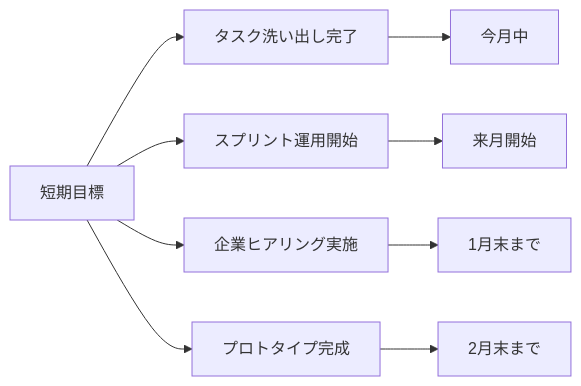
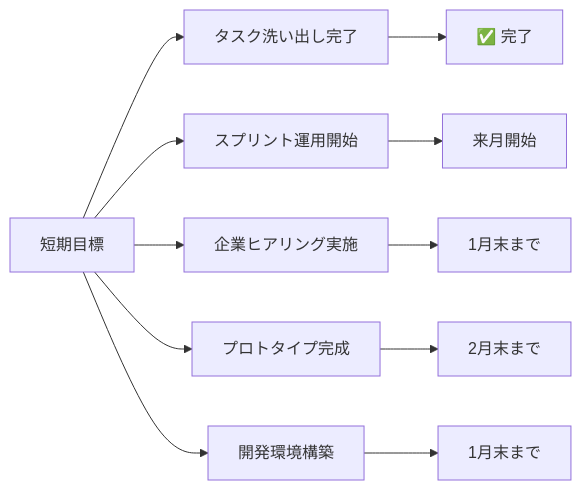
Before and after one commit to Mocomi/smallit-new: diagram 11 of 11 in Stock/programs/Torrent4.0_Development/projects/Torrent4.0/documents/プロジェクト全体像_2025-01-15.md, drawn with Mermaid. The commit also changed other lines of this file and 20 other files, not shown here.

````diff
--- a/Stock/programs/Torrent4.0_Development/projects/Torrent4.0/documents/プロジェクト全体像_2025-01-15.md
+++ b/Stock/programs/Torrent4.0_Development/projects/Torrent4.0/documents/プロジェクト全体像_2025-01-15.md
@@ -441,12 +478,14 @@
 ```mermaid
 graph LR
     A[短期目標] --> B[タスク洗い出し完了]
     A --> C[スプリント運用開始]
     A --> D[企業ヒアリング実施]
     A --> E[プロトタイプ完成]
+    A --> F[開発環境構築]
     
-    B --> F[今月中]
-    C --> G[来月開始]
-    D --> H[1月末まで]
-    E --> I[2月末まで]
+    B --> G[✅ 完了]
+    C --> H[来月開始]
+    D --> I[1月末まで]
+    E --> J[2月末まで]
+    F --> K[1月末まで]
 ```
````
